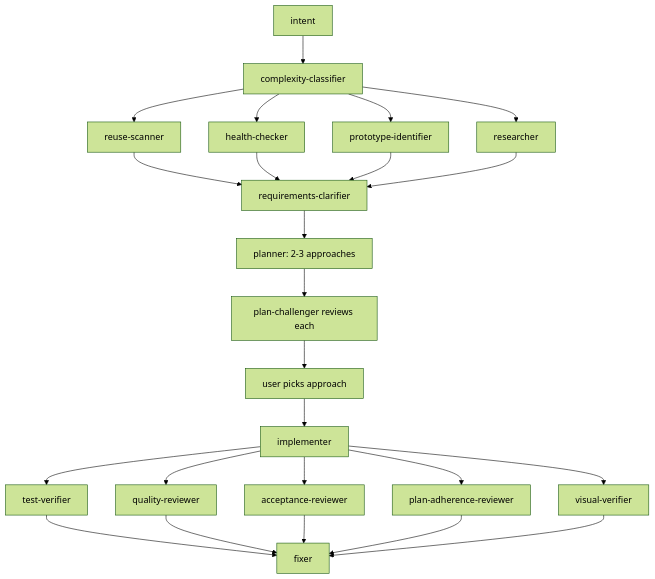
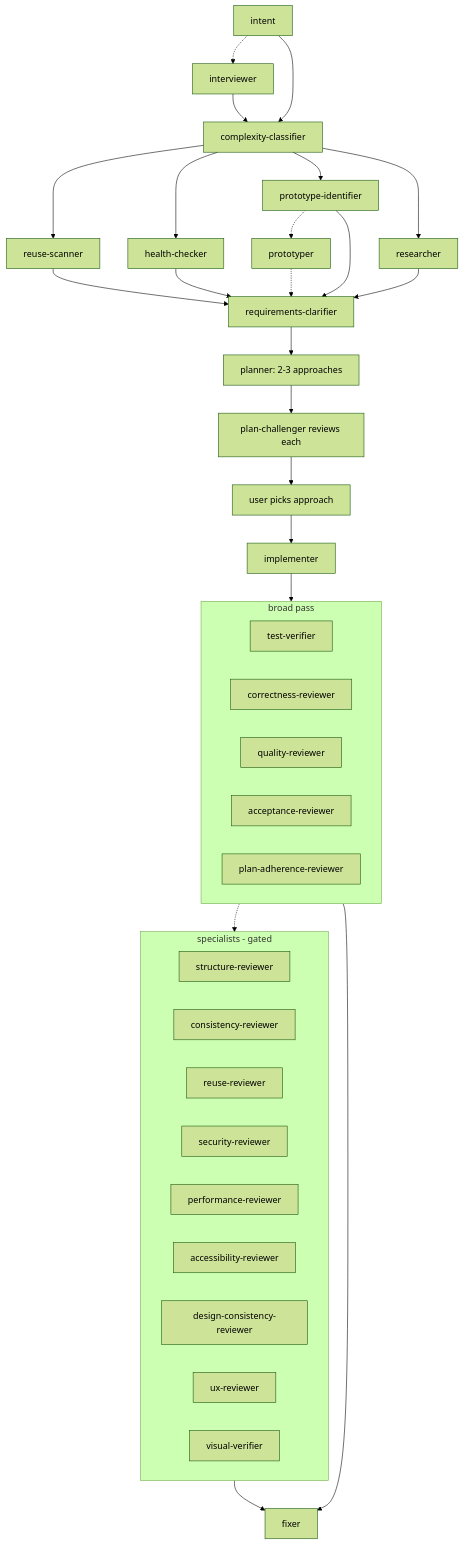
One commit to alp82/alp-river changed the fourth of 4 diagrams in README.md. Above: the diagram before and after it, drawn with Mermaid (forest theme). The commit also changed other lines of this file and 13 other files, not shown here.

Commit message:
Update reviewer agents and documentation to incorporate correctness-reviewer and refine quality-reviewer criteria

````diff
--- a/README.md
+++ b/README.md
@@ -94,12 +144,38 @@
 ```mermaid
 flowchart TB
+    intent -.-> intv[interviewer]
     intent --> classify[complexity-classifier]
+    intv --> classify
     classify --> reuse[reuse-scanner] & health[health-checker] & proto[prototype-identifier] & rsrch[researcher]
+    proto -.-> ptype[prototyper]
     reuse & health & proto & rsrch --> clari[requirements-clarifier]
+    ptype -.-> clari
     clari --> plan["planner: 2-3 approaches"]
     plan --> chal["plan-challenger reviews each"]
     chal --> pick[user picks approach]
     pick --> impl[implementer]
-    impl --> test[test-verifier] & quality[quality-reviewer] & accept[acceptance-reviewer] & adher[plan-adherence-reviewer] & visual[visual-verifier]
-    test & quality & accept & adher & visual --> heal[fixer]
+    impl --> bp
+    subgraph bp[broad pass]
+        direction LR
+        test[test-verifier]
+        correct[correctness-reviewer]
+        qual[quality-reviewer]
+        accept[acceptance-reviewer]
+        adher[plan-adherence-reviewer]
+    end
+    bp -.-> sp
+    subgraph sp[specialists - gated]
+        direction LR
+        sr[structure-reviewer]
+        cr[consistency-reviewer]
+        rr[reuse-reviewer]
+        sec[security-reviewer]
+        perf[performance-reviewer]
+        a11y[accessibility-reviewer]
+        dc[design-consistency-reviewer]
+        ux[ux-reviewer]
+        visual[visual-verifier]
+    end
+    bp --> heal[fixer]
+    sp --> heal
 ```
````
